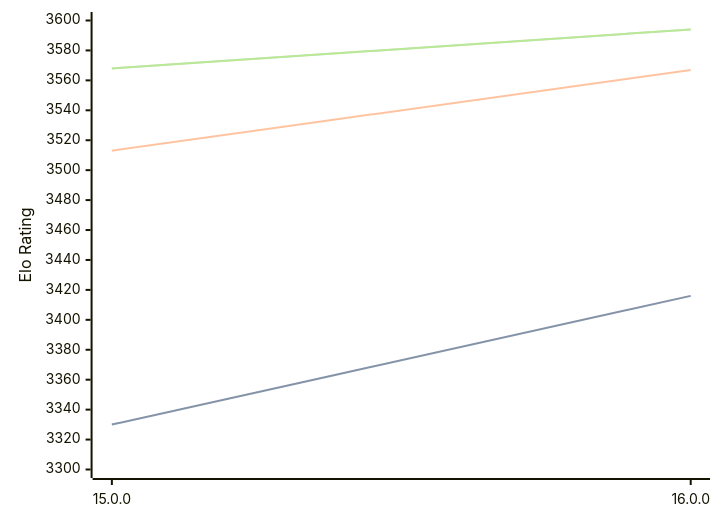
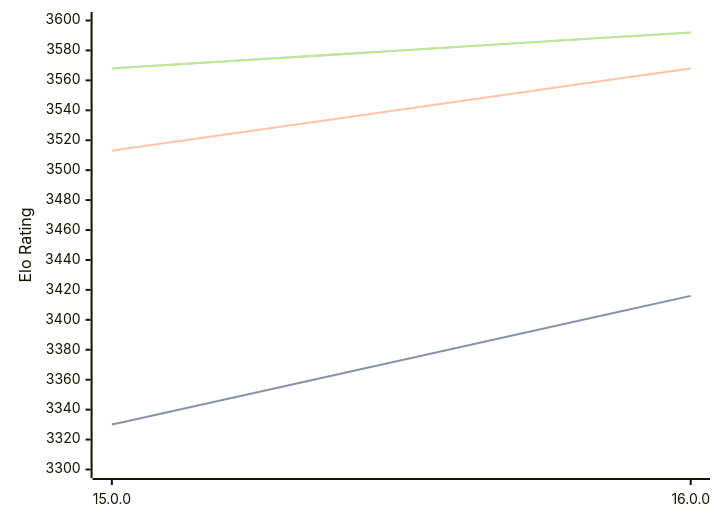
The diagram in engines/Halogen.md (computer-chess-index/cci), drawn with Mermaid before and after one commit. The commit also changed other lines of this file, not shown here.

Commit message:
Update CCI Ratings (ELO VLTC) - 2026-03-03

````diff
--- a/engines/Halogen.md
+++ b/engines/Halogen.md
@@ -48,11 +48,11 @@
 ```mermaid
 %%{init: {"theme":"base","themeVariables":{"seriesColors:['#a3a3a3','#222221','#faa371']}}}%%
 xychart-beta
   x-axis ["15.0.0", "16.0.0"]
   y-axis "Elo Rating" 3300 --> 3600
   line "STC (8.0+0.08s)" [3330, 3416]
   line "STC (8.0+0.08s)" [3330, 3416]
-  line "LTC (60.0+0.60s)" [3513, 3567]
-  line "VLTC (2m24s+1.12s)" [3568, 3594]
-  line "VLTC (2m24s+1.12s)" [3568, 3594]
+  line "LTC (60.0+0.60s)" [3513, 3568]
+  line "VLTC (2m24s+1.12s)" [3568, 3592]
+  line "VLTC (2m24s+1.12s)" [3568, 3592]
 ```
````
